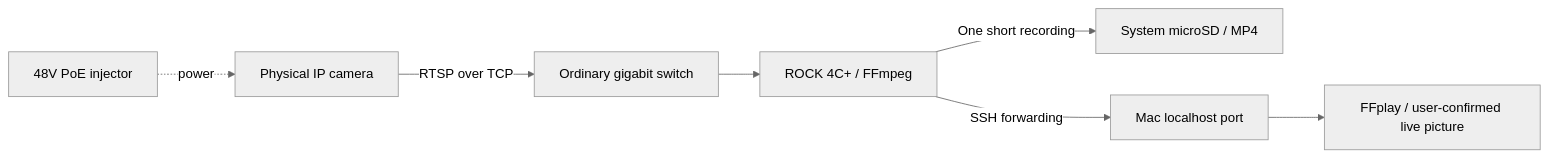
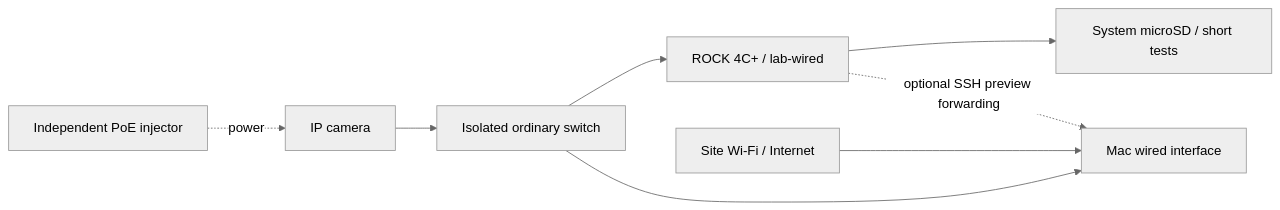
Before and after one commit to OrsonJyu/Lab-Studies-in-Systems-Design: the first of 2 diagrams in docs/ARCHITECTURE.md, drawn with Mermaid (neutral theme). The commit also changed other lines of this file and 44 other files, not shown here.

````diff
--- a/docs/ARCHITECTURE.md
+++ b/docs/ARCHITECTURE.md
@@ -7,9 +7,10 @@
 ```mermaid
 flowchart LR
-    P[48V PoE injector] -. power .-> C[Physical IP camera]
-    C -->|RTSP over TCP| S[Ordinary gigabit switch]
-    S --> R[ROCK 4C+ / FFmpeg]
-    R -->|One short recording| SD[System microSD / MP4]
-    R -->|SSH forwarding| L[Mac localhost port]
-    L --> V[FFplay / user-confirmed live picture]
+    P[Independent PoE injector] -. power .-> C[IP camera]
+    C --> S[Isolated ordinary switch]
+    S --> R[ROCK 4C+ / lab-wired]
+    S --> M[Mac wired interface]
+    R --> SD[System microSD / short tests]
+    W[Site Wi-Fi / Internet] --> M
+    R -. optional SSH preview forwarding .-> M
 ```
````
